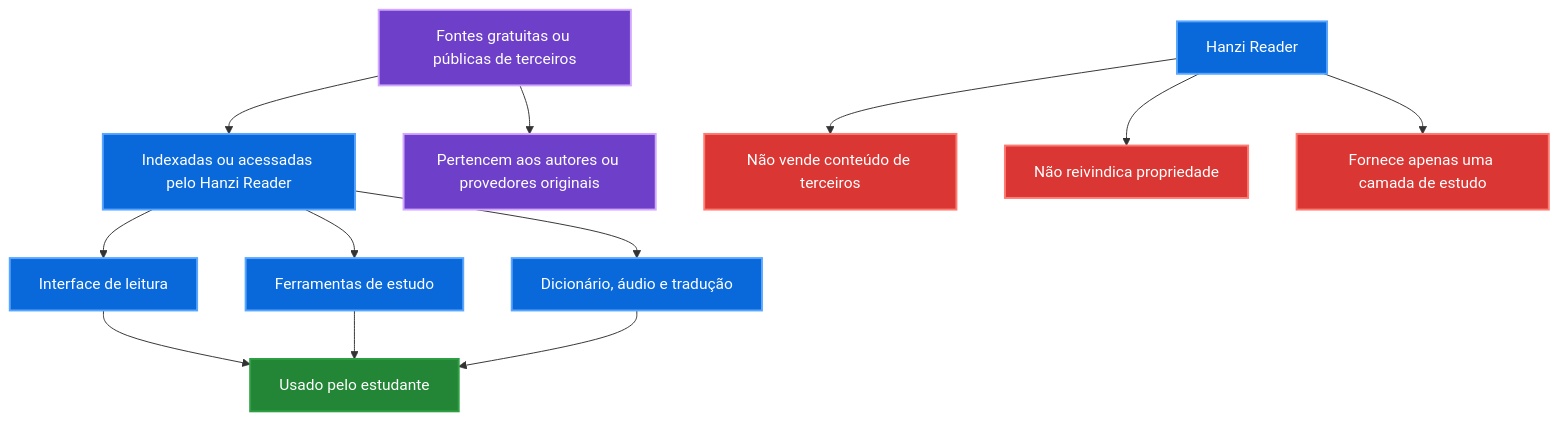
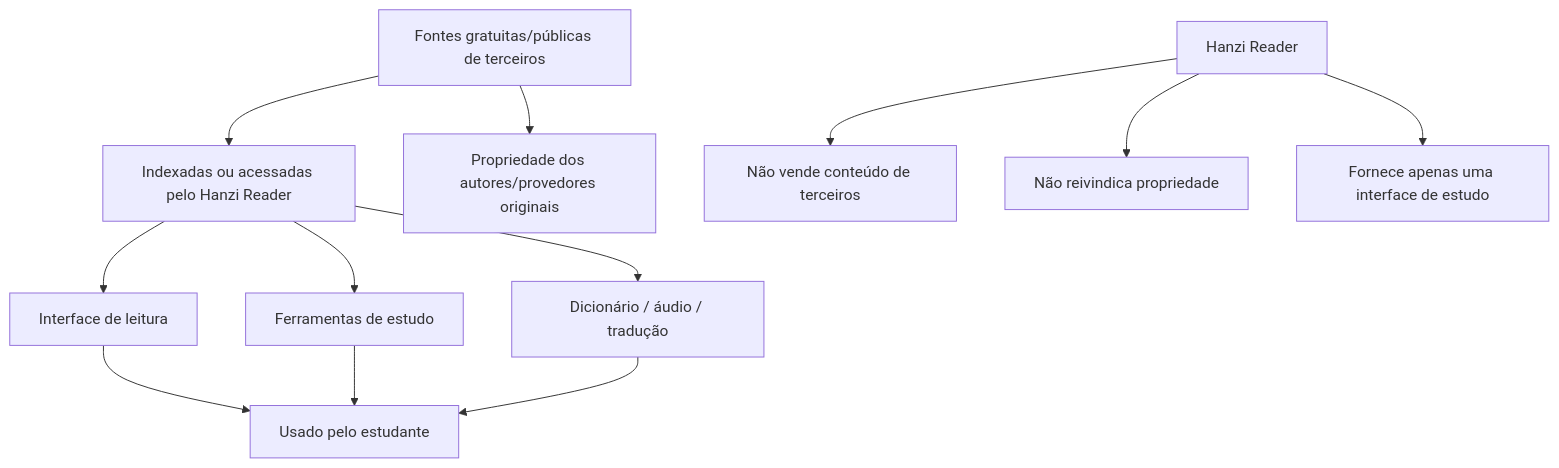
The fifth of 6 diagrams in LEIAME-PT-BR.md (HyakkimaruPY/Hanzi-Reader), drawn with Mermaid before and after one commit. The commit also changed other lines of this file, not shown here.

````diff
--- a/LEIAME-PT-BR.md
+++ b/LEIAME-PT-BR.md
@@ -309,27 +223,16 @@
 ```mermaid
 flowchart TB
-    A["Fontes gratuitas ou públicas de terceiros"] --> B["Indexadas ou acessadas pelo Hanzi Reader"]
-    B --> C["Interface de leitura"]
-    B --> D["Ferramentas de estudo"]
-    B --> E["Dicionário, áudio e tradução"]
+    A[Fontes gratuitas/públicas de terceiros] --> B[Indexadas ou acessadas pelo Hanzi Reader]
+    B --> C[Interface de leitura]
+    B --> D[Ferramentas de estudo]
+    B --> E[Dicionário / áudio / tradução]
 
-    A --> F["Pertencem aos autores ou provedores originais"]
-
-    C --> G["Usado pelo estudante"]
+    A --> F[Propriedade dos autores/provedores originais]
+    C --> G[Usado pelo estudante]
     D --> G
     E --> G
 
-    H["Hanzi Reader"] --> I["Não vende conteúdo de terceiros"]
-    H --> J["Não reivindica propriedade"]
-    H --> K["Fornece apenas uma camada de estudo"]
-
-    classDef source fill:#6e40c9,color:#ffffff,stroke:#d2a8ff,stroke-width:2px;
-    classDef app fill:#0969da,color:#ffffff,stroke:#58a6ff,stroke-width:2px;
-    classDef learner fill:#238636,color:#ffffff,stroke:#2ea043,stroke-width:2px;
-    classDef warning fill:#da3633,color:#ffffff,stroke:#ff7b72,stroke-width:2px;
-
-    class A,F source;
-    class B,C,D,E,H app;
-    class G learner;
-    class I,J,K warning;
+    H[Hanzi Reader] --> I[Não vende conteúdo de terceiros]
+    H --> J[Não reivindica propriedade]
+    H --> K[Fornece apenas uma interface de estudo]
 ```
````
